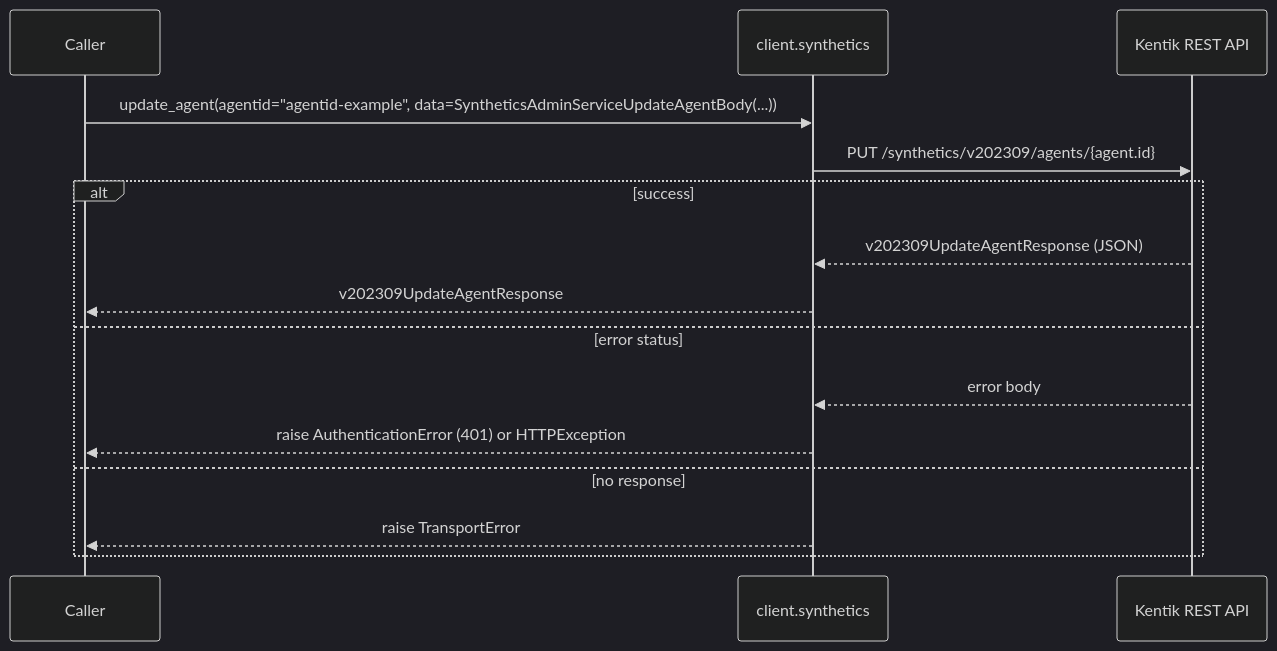
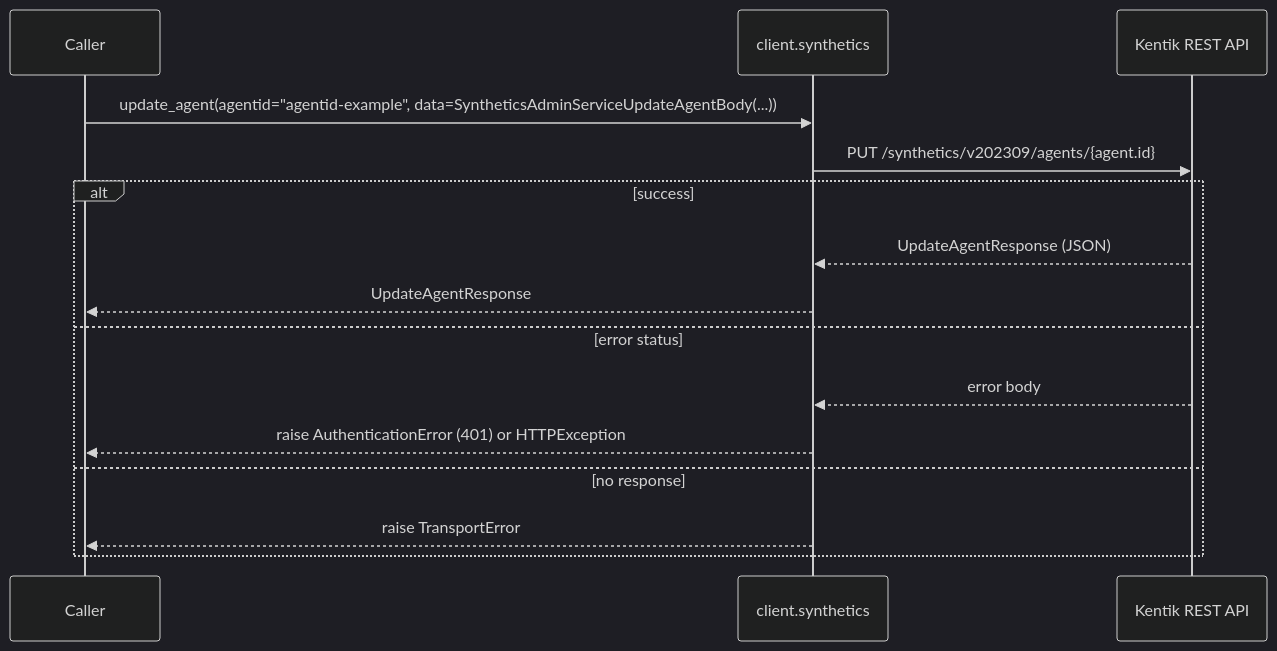
Before and after one commit to alexdearaujo/community_sdk_python: diagram 16 of 38 in docs/sphinx/services/synthetics.md, drawn with Mermaid (dark theme). The commit also changed other lines of this file and 38 other files, not shown here.

````diff
--- a/docs/sphinx/services/synthetics.md
+++ b/docs/sphinx/services/synthetics.md
@@ -564,18 +564,18 @@
 ```mermaid
 sequenceDiagram
     participant C as Caller
     participant W as client.synthetics
     participant API as Kentik REST API
 
     C->>W: update_agent(agentid="agentid-example", data=SyntheticsAdminServiceUpdateAgentBody(...))
     W->>API: PUT /synthetics/v202309/agents/{agent.id}
     alt success
-        API-->>W: v202309UpdateAgentResponse (JSON)
-        W-->>C: v202309UpdateAgentResponse
+        API-->>W: UpdateAgentResponse (JSON)
+        W-->>C: UpdateAgentResponse
     else error status
         API-->>W: error body
         W-->>C: raise AuthenticationError (401) or HTTPException
     else no response
         W-->>C: raise TransportError
     end
 ```
````
